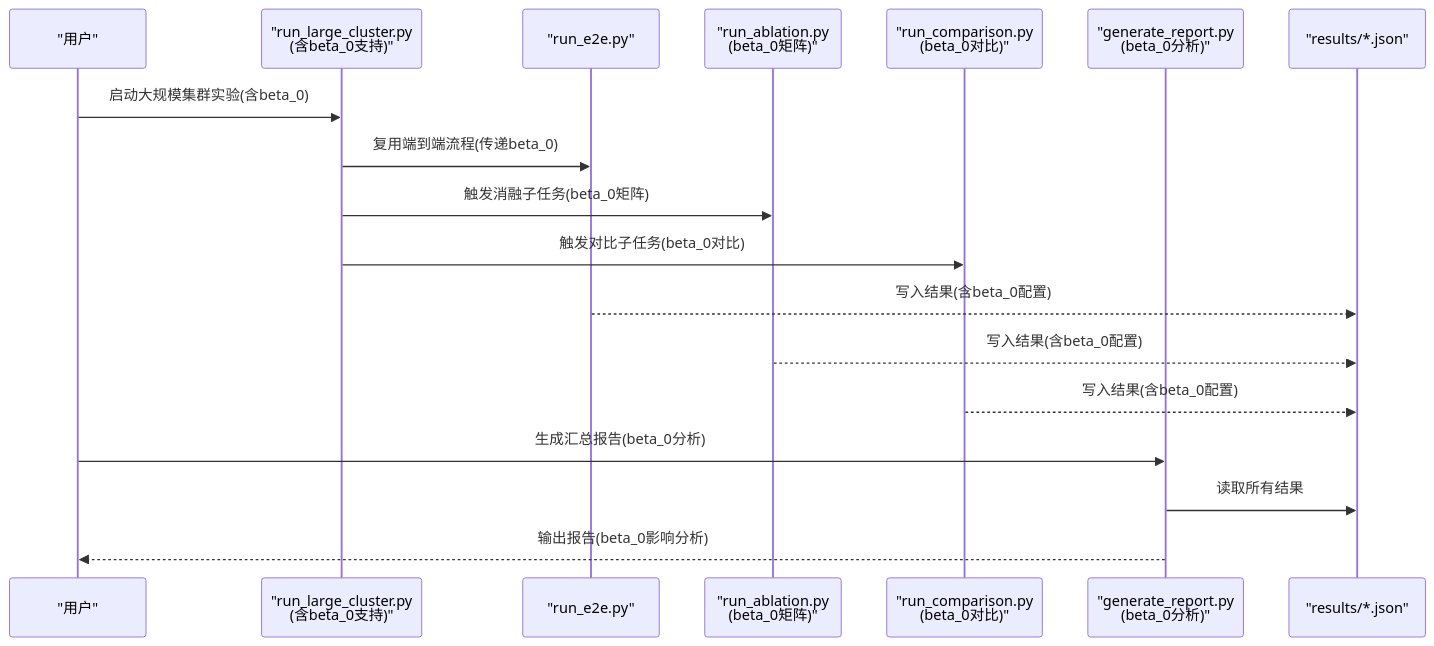
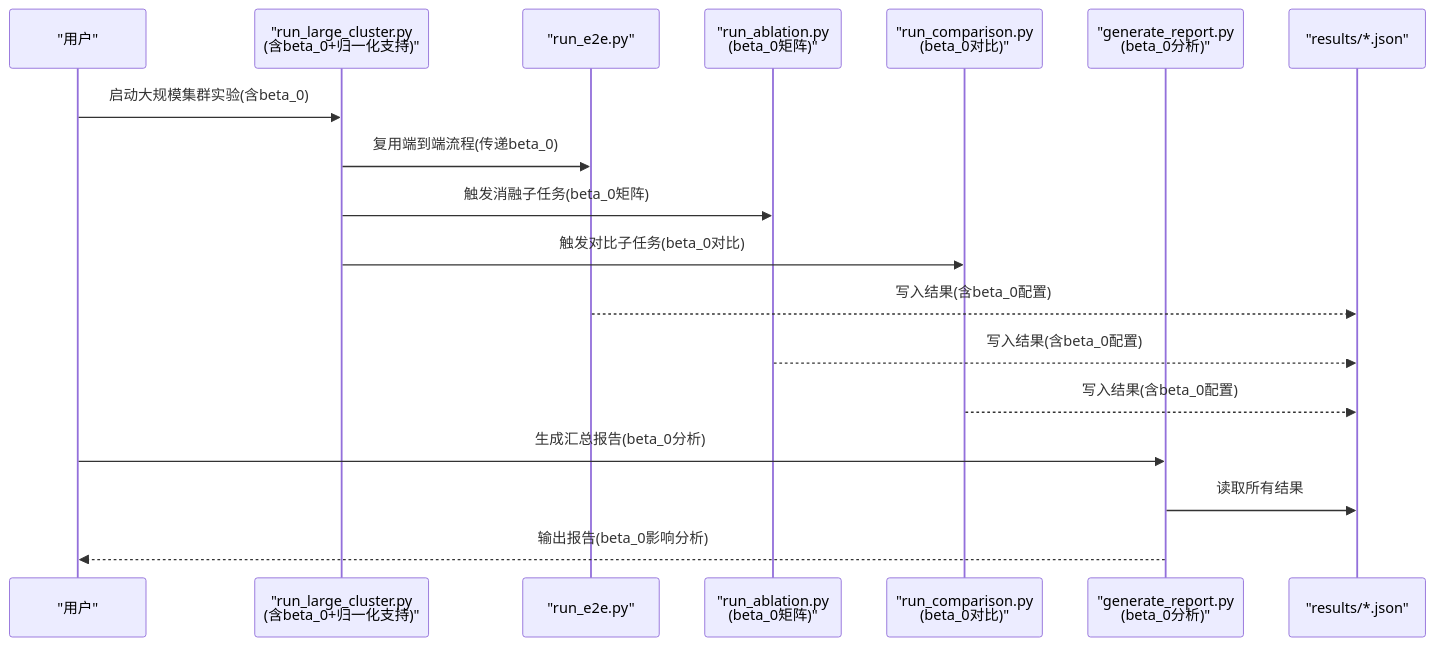
The fifth of 6 diagrams in .qoder/repowiki/zh/content/核心架构/实验框架/大规模集群实验.md (QuStarry/VIB-SparseCommunication), drawn with Mermaid before and after one commit. The commit also changed other lines of this file and 32 other files, not shown here.

````diff
--- a/.qoder/repowiki/zh/content/核心架构/实验框架/大规模集群实验.md
+++ b/.qoder/repowiki/zh/content/核心架构/实验框架/大规模集群实验.md
@@ -271,20 +286,20 @@
 ```mermaid
 sequenceDiagram
 participant User as "用户"
-participant LC as "run_large_cluster.py<br/>(含beta_0支持)"
+participant LC as "run_large_cluster.py<br/>(含beta_0+归一化支持)"
 participant RE as "run_e2e.py"
 participant AB as "run_ablation.py<br/>(beta_0矩阵)"
 participant CP as "run_comparison.py<br/>(beta_0对比)"
 participant GR as "generate_report.py<br/>(beta_0分析)"
 participant FS as "results/*.json"
 User->>LC : 启动大规模集群实验(含beta_0)
 LC->>RE : 复用端到端流程(传递beta_0)
 LC->>AB : 触发消融子任务(beta_0矩阵)
 LC->>CP : 触发对比子任务(beta_0对比)
 RE-->>FS : 写入结果(含beta_0配置)
 AB-->>FS : 写入结果(含beta_0配置)
 CP-->>FS : 写入结果(含beta_0配置)
 User->>GR : 生成汇总报告(beta_0分析)
 GR->>FS : 读取所有结果
 GR-->>User : 输出报告(beta_0影响分析)
 ```
````
